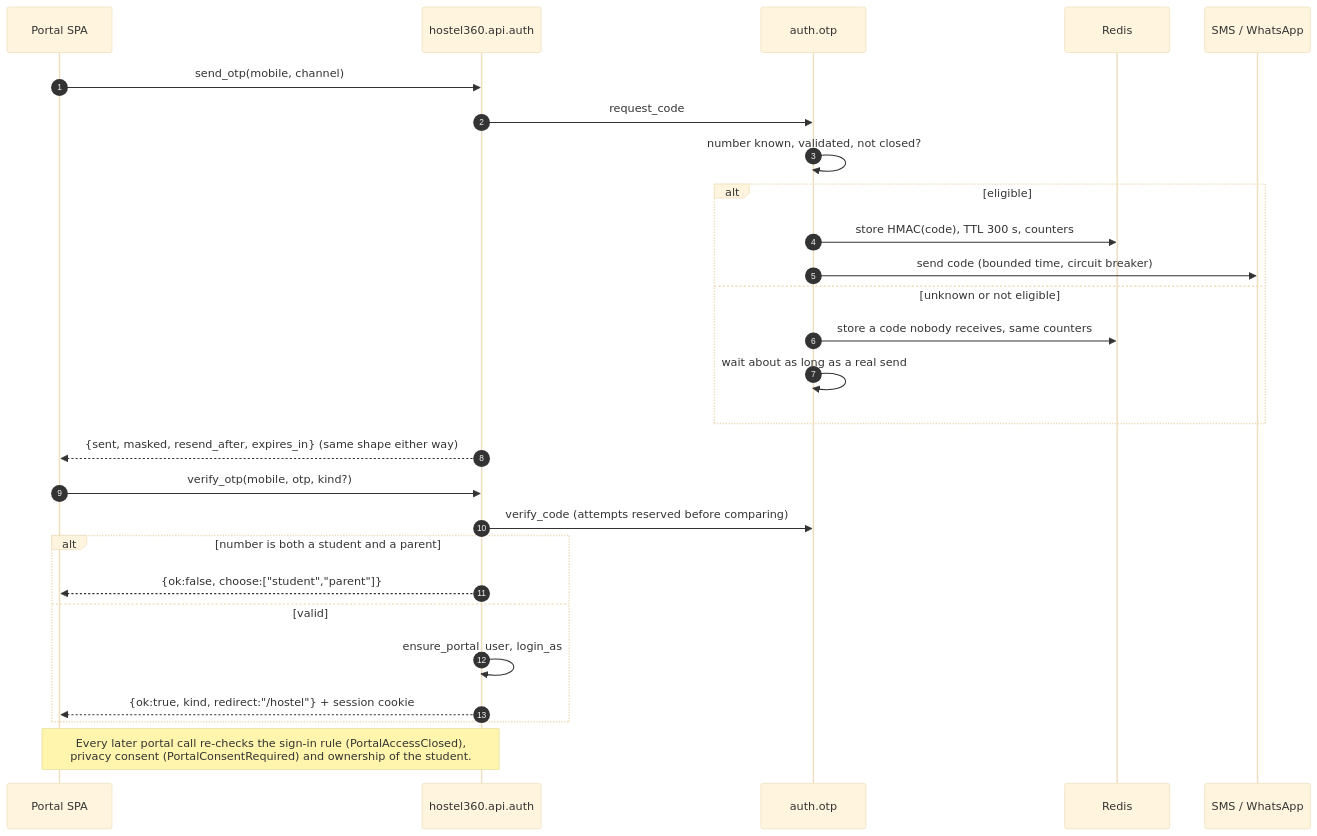
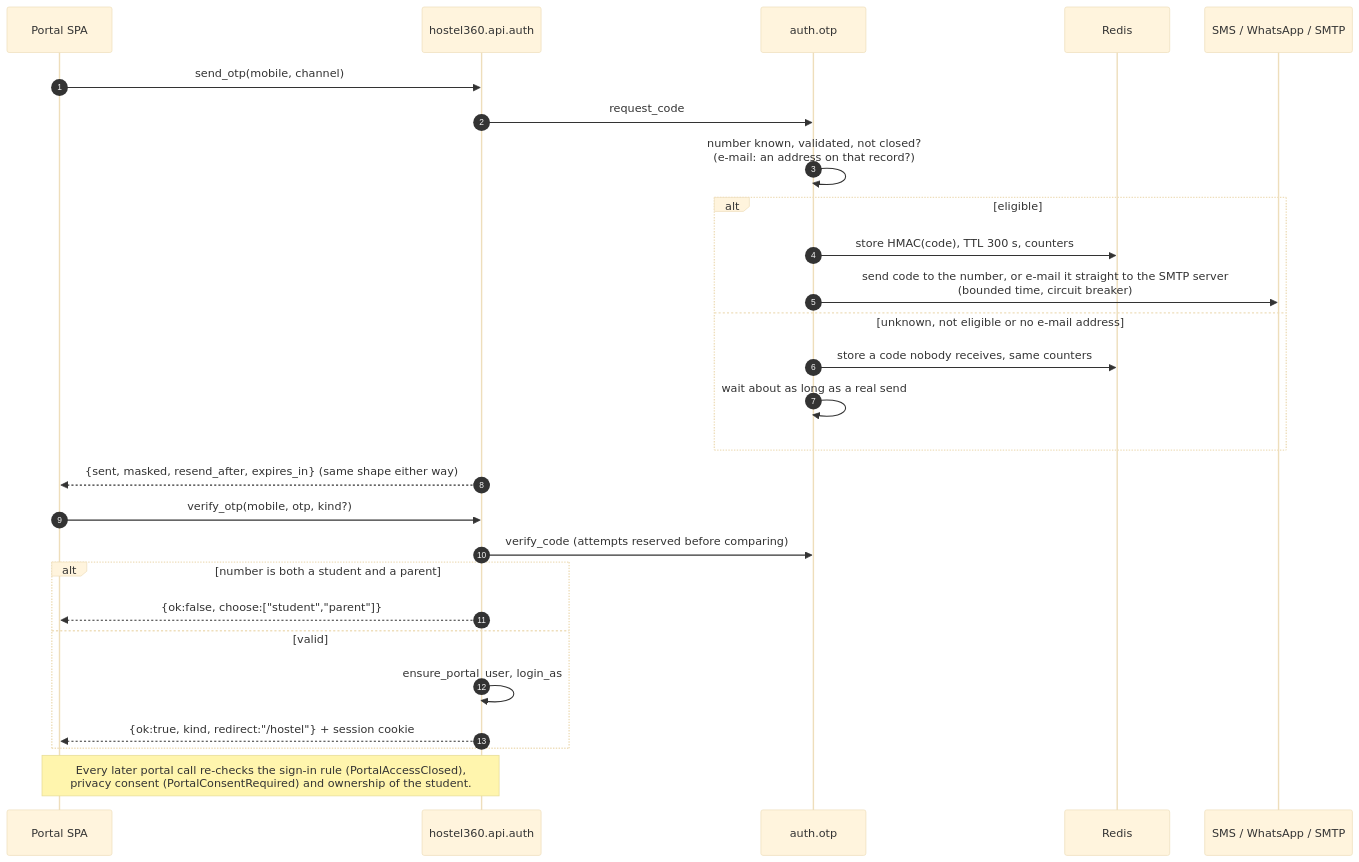
One commit to HyFib/HyFib-Hostel360 changed the fourth of 6 diagrams in docs/ARCHITECTURE.md. Above: the diagram before and after it, drawn with Mermaid (base theme). The commit also changed other lines of this file and 37 other files, not shown here.

````diff
--- a/docs/ARCHITECTURE.md
+++ b/docs/ARCHITECTURE.md
@@ -159,30 +159,30 @@
 ```mermaid
 sequenceDiagram
     autonumber
     participant P as Portal SPA
     participant A as hostel360.api.auth
     participant O as auth.otp
     participant R as Redis
-    participant G as SMS / WhatsApp
+    participant G as SMS / WhatsApp / SMTP
 
     P->>A: send_otp(mobile, channel)
     A->>O: request_code
-    O->>O: number known, validated, not closed?
+    O->>O: number known, validated, not closed?<br/>(e-mail: an address on that record?)
     alt eligible
         O->>R: store HMAC(code), TTL 300 s, counters
-        O->>G: send code (bounded time, circuit breaker)
-    else unknown or not eligible
+        O->>G: send code to the number, or e-mail it straight to the SMTP server<br/>(bounded time, circuit breaker)
+    else unknown, not eligible or no e-mail address
         O->>R: store a code nobody receives, same counters
         O->>O: wait about as long as a real send
     end
     A-->>P: {sent, masked, resend_after, expires_in} (same shape either way)
     P->>A: verify_otp(mobile, otp, kind?)
     A->>O: verify_code (attempts reserved before comparing)
     alt number is both a student and a parent
         A-->>P: {ok:false, choose:["student","parent"]}
     else valid
         A->>A: ensure_portal_user, login_as
         A-->>P: {ok:true, kind, redirect:"/hostel"} + session cookie
     end
     Note over P,A: Every later portal call re-checks the sign-in rule (PortalAccessClosed),<br/>privacy consent (PortalConsentRequired) and ownership of the student.
 ```
````
